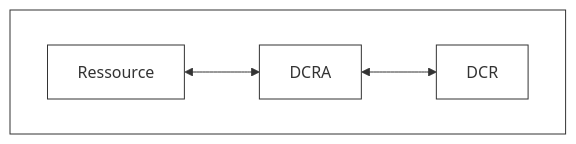
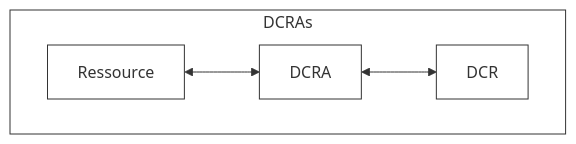
One commit to elouahidiahmed/soc-doc changed the diagram in Sentinel/DCR/01- Règle de collection de données DCR.md. Above: the diagram before and after it, drawn with Mermaid.

Commit message:
v8 graph

````diff
--- a/Sentinel/DCR/01- Règle de collection de données DCR.md
+++ b/Sentinel/DCR/01- Règle de collection de données DCR.md
@@ -35,14 +35,14 @@
 ``` mermaid
 
 flowchart TB
     subgraph DCRAs [DCRAs]
         Ressource <--> DCRA <--> DCR
     end
 
-style DCRAs color:#fff,fill:#fff,stroke:#333,stroke-width:1px
+style DCRAs color:#333,fill:#fff,stroke:#333,stroke-width:1px
 
 style Ressource color:#333, fill:#fff, stroke:#333
 style DCRA     color:#333, fill:#fff, stroke:#333
 style DCR      color:#333, fill:#fff, stroke:#333
 
 ```
````
